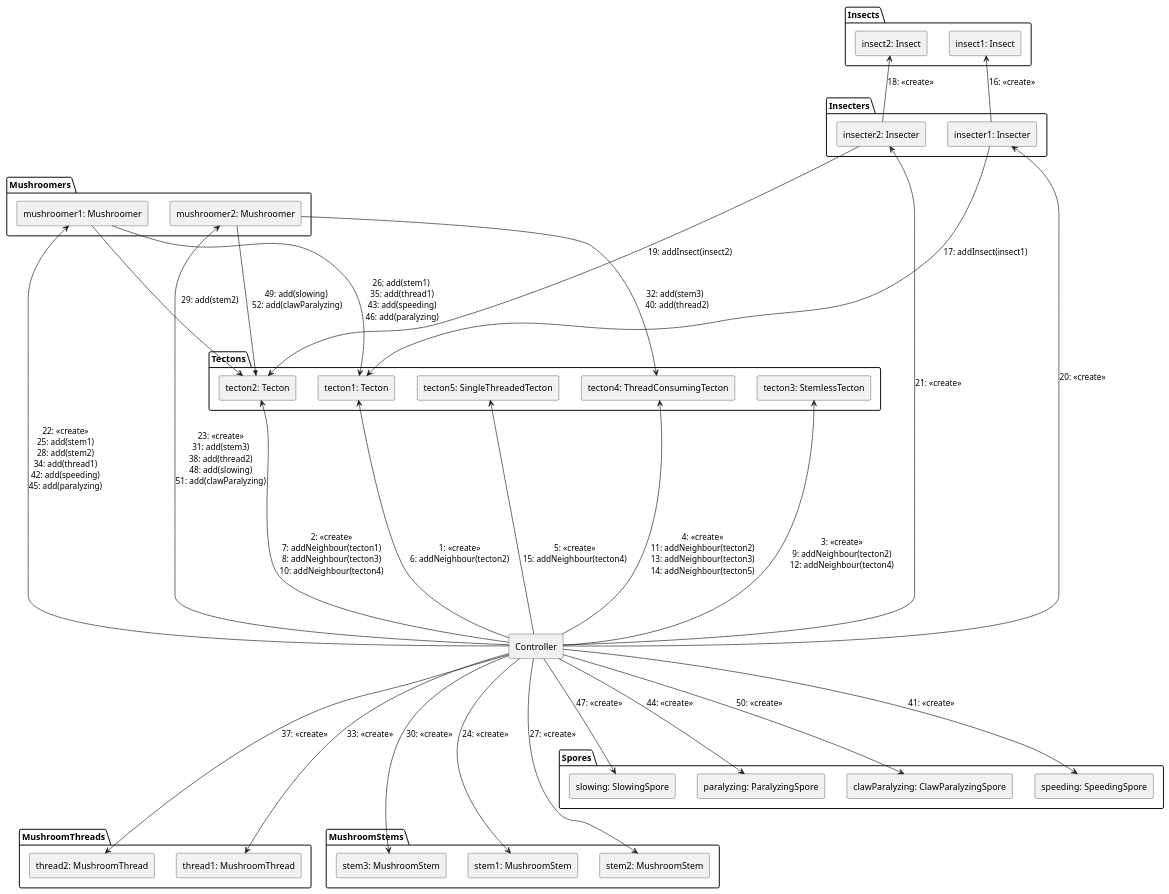
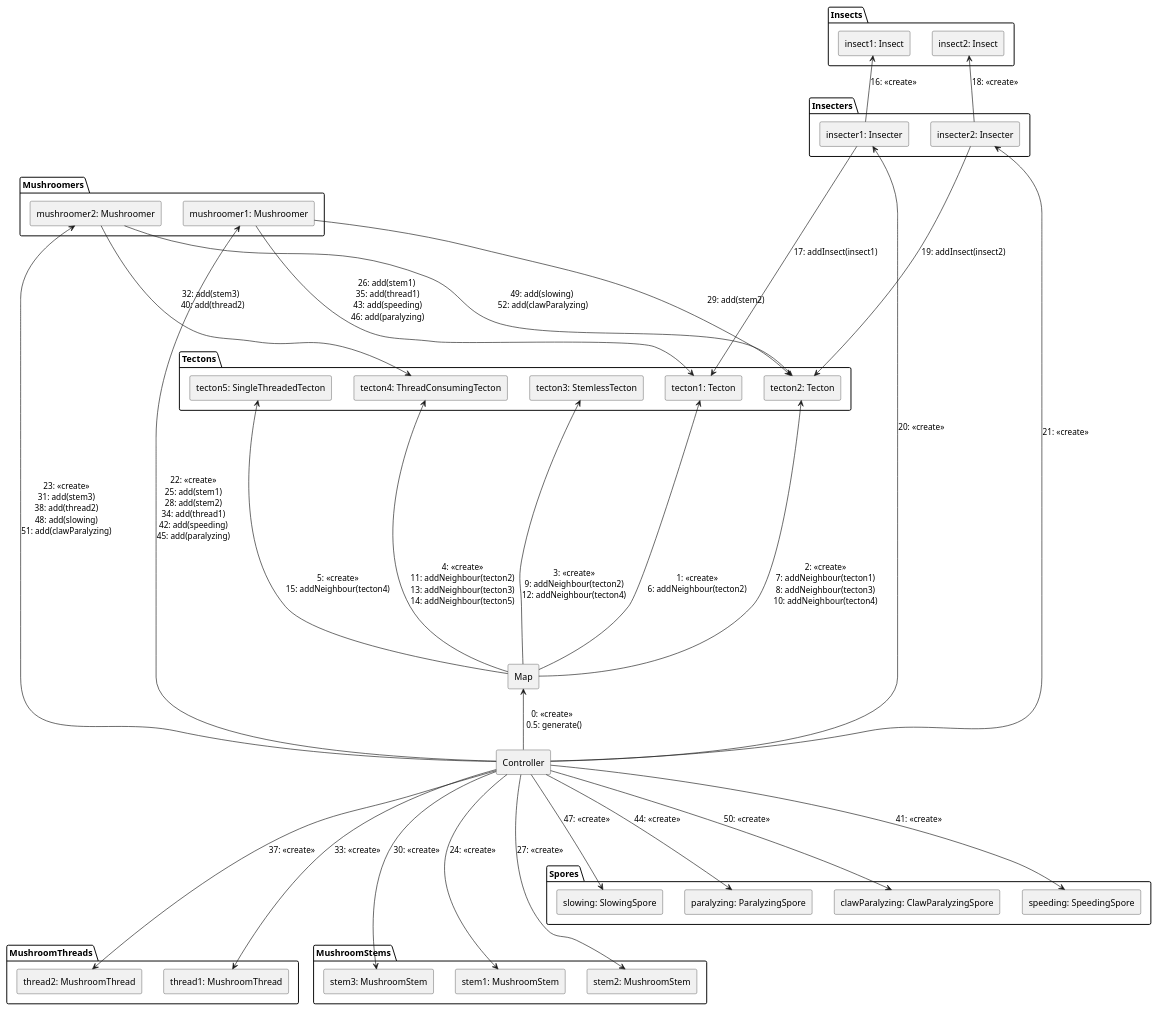
The diagram in 5/communication_diagrams/big_diagram_2.puml (Petya-G/fungorium), drawn with PlantUML before and after one commit.

Commit message:
# add map to big_dia 2

```diff
--- a/5/communication_diagrams/big_diagram_2.puml
+++ b/5/communication_diagrams/big_diagram_2.puml
@@ -1,88 +1,92 @@
 @startuml Communication diagram
 
 rectangle "Controller" as Controller
+
+rectangle "Map" as Map
 
 package "Tectons" {
     rectangle "tecton1: Tecton" as tecton1
     rectangle "tecton2: Tecton" as tecton2
     rectangle "tecton3: StemlessTecton" as tecton3
     rectangle "tecton4: ThreadConsumingTecton" as tecton4
     rectangle "tecton5: SingleThreadedTecton" as tecton5
 }
 
 package "Insecters" {
     rectangle "insecter1: Insecter" as insecter1
     rectangle "insecter2: Insecter" as insecter2
 }
 
 package "Mushroomers" {
     rectangle "mushroomer1: Mushroomer" as mushroomer1
     rectangle "mushroomer2: Mushroomer" as mushroomer2
 }
 
 package "Insects" {
     rectangle "insect1: Insect" as insect1
     rectangle "insect2: Insect" as insect2
 }
 
 package "MushroomThreads" {
     rectangle "thread1: MushroomThread" as thread1
     rectangle "thread2: MushroomThread" as thread2
 }
 
 package "MushroomStems" {
     rectangle "stem1: MushroomStem" as stem1
     rectangle "stem2: MushroomStem" as stem2
     rectangle "stem3: MushroomStem" as stem3
 }
 
 package "Spores" {
     rectangle "speeding: SpeedingSpore" as speeding
     rectangle "slowing: SlowingSpore" as slowing
     rectangle "paralyzing: ParalyzingSpore" as paralyzing
     rectangle "clawParalyzing: ClawParalyzingSpore" as clawParalyzing
 }
 
+Controller -up-> Map : 0: <<create>> \n 0.5: generate()
+
 ' Creating tectons and assigning neighbors
-Controller -up---> tecton1 : 1: <<create>>\n6: addNeighbour(tecton2)
-Controller -up---> tecton2 : 2: <<create>>\n7: addNeighbour(tecton1)\n8: addNeighbour(tecton3)\n10: addNeighbour(tecton4)
+Map -up---> tecton1 : 1: <<create>>\n6: addNeighbour(tecton2)
+Map -up---> tecton2 : 2: <<create>>\n7: addNeighbour(tecton1)\n8: addNeighbour(tecton3)\n10: addNeighbour(tecton4)
 '\n36: add(thread1)\n39: add(thread2)\n49: add(slowing)
-Controller -up---> tecton3 : 3: <<create>>\n9: addNeighbour(tecton2)\n12: addNeighbour(tecton4)
-Controller -up---> tecton4 : 4: <<create>>\n11: addNeighbour(tecton2)\n13: addNeighbour(tecton3)\n14: addNeighbour(tecton5)
-mushroomer2 --> tecton4 : 32: add(stem3) \n 40: add(thread2)
-mushroomer2 ->> tecton2 : 49: add(slowing)\n 52: add(clawParalyzing)
+Map -up---> tecton3 : 3: <<create>>\n9: addNeighbour(tecton2)\n12: addNeighbour(tecton4)
+Map -up---> tecton4 : 4: <<create>>\n11: addNeighbour(tecton2)\n13: addNeighbour(tecton3)\n14: addNeighbour(tecton5)
+mushroomer2 --down--> tecton4 : 32: add(stem3) \n 40: add(thread2)
+mushroomer2 --->> tecton2 : 49: add(slowing)\n 52: add(clawParalyzing)
 
-mushroomer1 --> tecton1 : 26: add(stem1)\n 35: add(thread1)\n 43: add(speeding)\n 46: add(paralyzing)
-mushroomer1 --down-> tecton2 : 29: add(stem2)
+mushroomer1 -> tecton1 : 26: add(stem1)\n 35: add(thread1)\n 43: add(speeding)\n 46: add(paralyzing)
+mushroomer1 -left-> tecton2 : 29: add(stem2)
 
 insecter1 ----> tecton1 : 17: addInsect(insect1)
 insecter2 ----> tecton2 : 19: addInsect(insect2)
 
-Controller -up---> tecton5 : 5: <<create>>\n15: addNeighbour(tecton4)
+Map -up---> tecton5 : 5: <<create>>\n15: addNeighbour(tecton4)
 
 ' Creating insects and adding them to tectons
 insecter1 -up-> insect1 : 16: <<create>>
 insecter2 -up-> insect2 : 18: <<create>>
 
 ' Creating players
 Controller --> insecter1 : 20: <<create>>\n\n
 Controller --> insecter2 : 21: <<create>>\n
 Controller -up--> mushroomer1 : 22: <<create>>\n25: add(stem1)\n28: add(stem2)\n34: add(thread1)\n42: add(speeding)\n45: add(paralyzing)
 Controller -up--> mushroomer2 : 23: <<create>>\n31: add(stem3)\n38: add(thread2)\n48: add(slowing)\n51: add(clawParalyzing)
 
 ' Creating stems and adding them
 Controller ----> stem1 : 24: <<create>>
 Controller ----> stem2 : 27: <<create>>
 Controller ----> stem3 : 30: <<create>>
 
 ' Creating threads and adding them
 Controller ----> thread1 : 33: <<create>>
 Controller ----> thread2 : 37: <<create>>
 
 ' Creating spores and adding them
 Controller ---> speeding : 41: <<create>>
 Controller ---> paralyzing : 44: <<create>>
 Controller ---> slowing : 47: <<create>>
 Controller ---> clawParalyzing : 50: <<create>>
 
 @enduml
```
